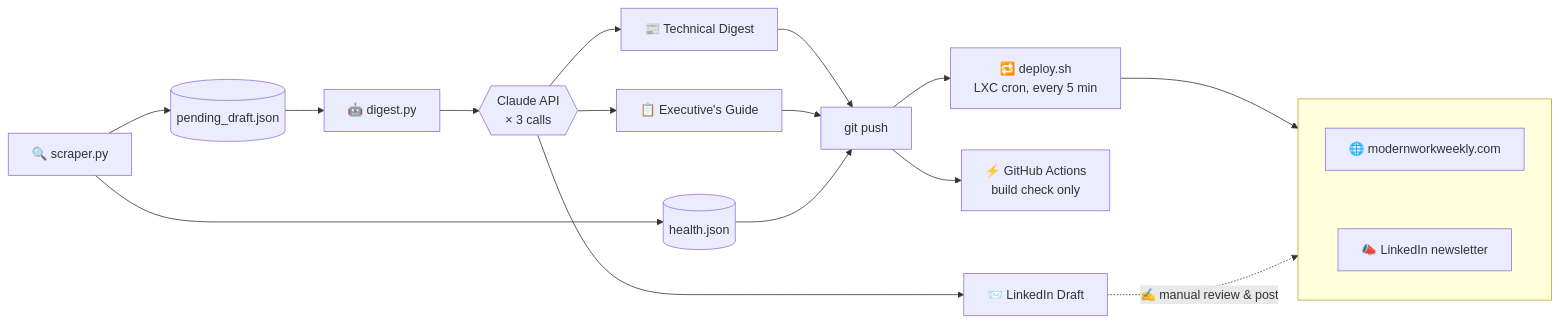
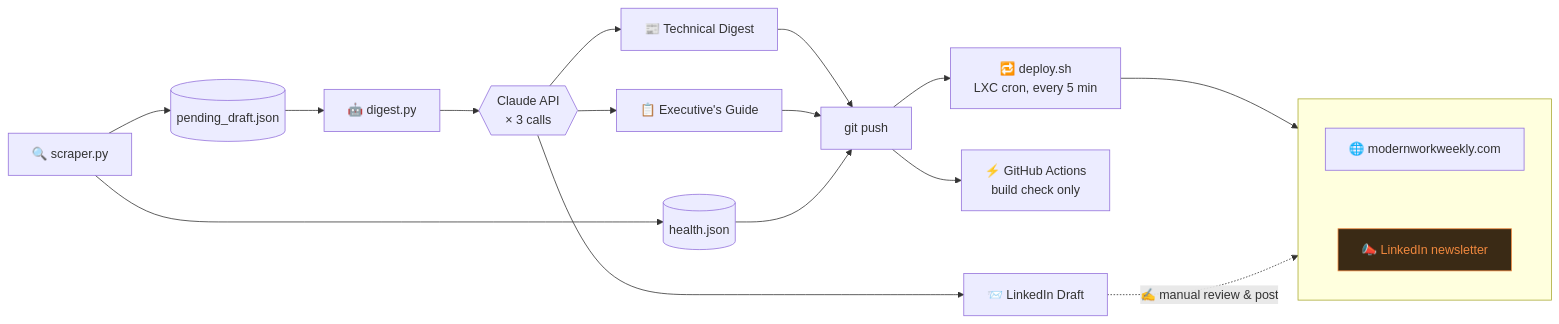
The diagram in README.md (TwitchSTL/modern-work-weekly), drawn with Mermaid before and after one commit.

Commit message:
Color-code LinkedIn newsletter node amber to visually distinguish manual step from automatic site deploy

````diff
--- a/README.md
+++ b/README.md
@@ -38,24 +38,27 @@
 ```mermaid
 flowchart LR
     A["🔍 scraper.py"] --> B[("pending_draft.json")]
     A --> C[("health.json")]
     B --> D["🤖 digest.py"]
     D --> E{{"Claude API\n× 3 calls"}}
     E --> F["📰 Technical Digest"]
     E --> G["📋 Executive's Guide"]
     E --> L["📨 LinkedIn Draft"]
     F --> H["git push"]
     G --> H
     C --> H
     H --> I["⚡ GitHub Actions\nbuild check only"]
     H --> K["🔁 deploy.sh\nLXC cron, every 5 min"]
 
     subgraph Published [" "]
         direction TB
         J["🌐 modernworkweekly.com"]
         J ~~~ M["📣 LinkedIn newsletter"]
     end
 
     K --> J
     L -.->|"✍️ manual review & post"| M
+
+    classDef manual fill:#3a2a15,stroke:#f0883e,color:#f0883e;
+    class M manual
 ```
````
